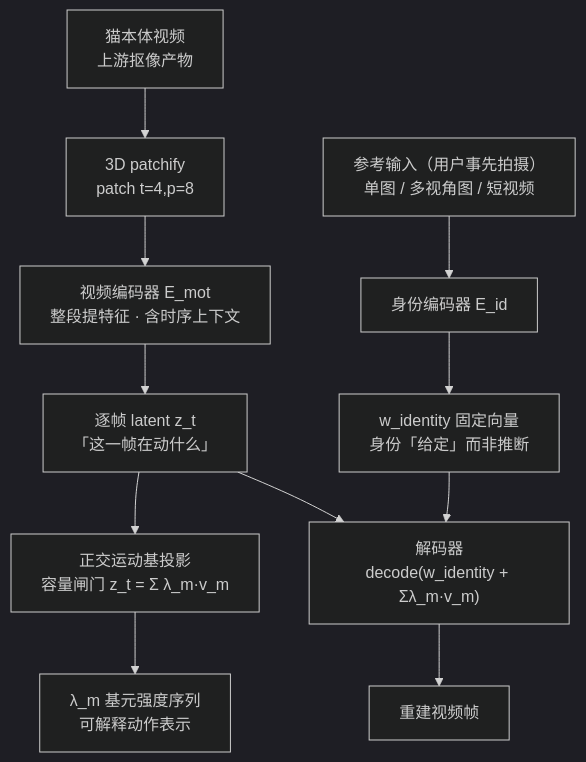
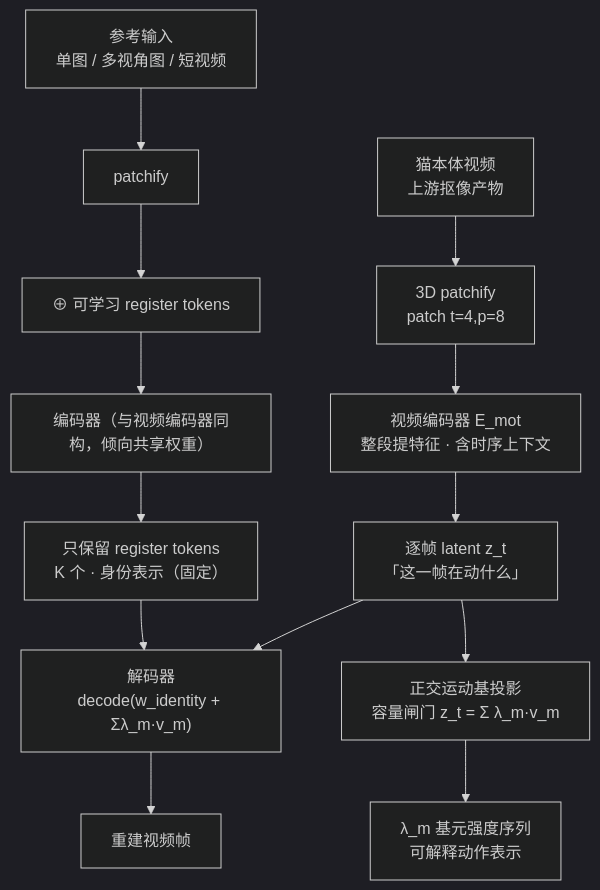
One commit to gongshangzheng/pet-action-recognition changed the first of 2 diagrams in management/docs/identity-tokenizer.md. Above: the diagram before and after it, drawn with Mermaid (dark theme). The commit also changed other lines of this file and 10 other files, not shown here.

First line of the commit message:
design: 身份读出改 register tokens；清除把候选写成方案的 DINOv2+FAISS

````diff
--- a/management/docs/identity-tokenizer.md
+++ b/management/docs/identity-tokenizer.md
@@ -60,17 +60,19 @@
 ```mermaid
 flowchart TD
-    R["参考输入（用户事先拍摄）<br/>单图 / 多视角图 / 短视频"] --> E0[身份编码器 E_id]
-    E0 --> L["w_identity 固定向量<br/>身份「给定」而非推断"]
+    R["参考输入<br/>单图 / 多视角图 / 短视频"] --> RP[patchify]
+    RP --> RT["⊕ 可学习 register tokens"]
+    RT --> E0["编码器（与视频编码器同构，倾向共享权重）"]
+    E0 --> L["只保留 register tokens<br/>K 个 · 身份表示（固定）"]
 
     A[猫本体视频<br/>上游抠像产物] --> B["3D patchify<br/>patch t=4,p=8"]
     B --> C["视频编码器 E_mot<br/>整段提特征 · 含时序上下文"]
 
     C --> F[逐帧 latent z_t<br/>「这一帧在动什么」]
 
     F --> H["正交运动基投影<br/>容量闸门 z_t = Σ λ_m·v_m"]
     H --> I["λ_m 基元强度序列<br/>可解释动作表示"]
 
     F --> J["解码器<br/>decode(w_identity + Σλ_m·v_m)"]
     L --> J
     J --> K[重建视频帧]
 ```
````
